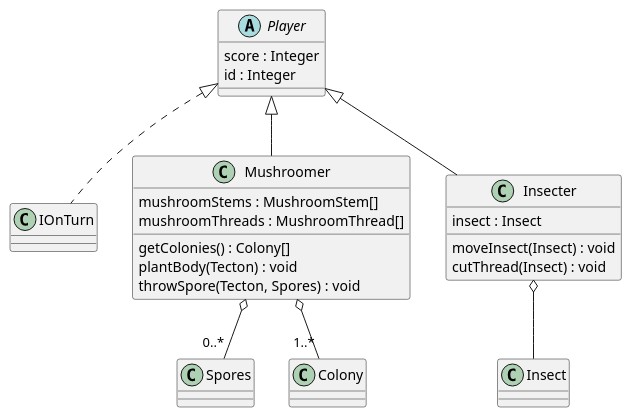
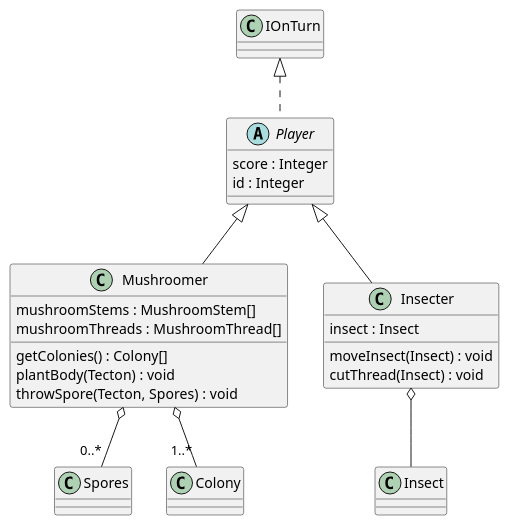
The diagram in 3/classes/player.puml (Petya-G/fungorium), drawn with PlantUML before and after one commit. The commit also changed 4 other files, not shown here.

```diff
--- a/3/classes/player.puml
+++ b/3/classes/player.puml
@@ -1,26 +1,26 @@
 @startuml player
-Player <|.. IOnTurn
+IOnTurn <|.. Player
 abstract class Player{
     score : Integer
     id : Integer
 }
 
 Player <|-- Mushroomer
 Mushroomer o-- "0..*" Spores
 Mushroomer o-- "1..*" Colony
 class Mushroomer{
     mushroomStems : MushroomStem[]
     mushroomThreads : MushroomThread[]
     getColonies() : Colony[]
     plantBody(Tecton) : void
     throwSpore(Tecton, Spores) : void
 }
 
 Player <|-- Insecter
 Insecter o-- Insect
 class Insecter{
     insect : Insect
     moveInsect(Insect) : void
     cutThread(Insect) : void
 }
 @enduml
```
